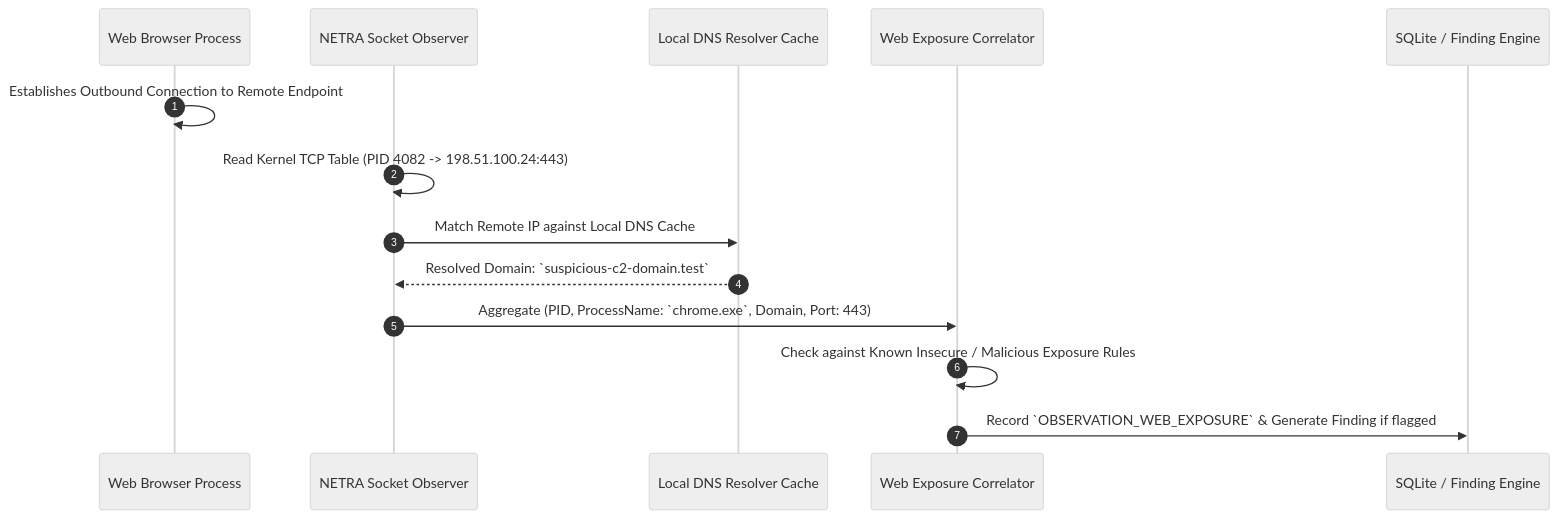
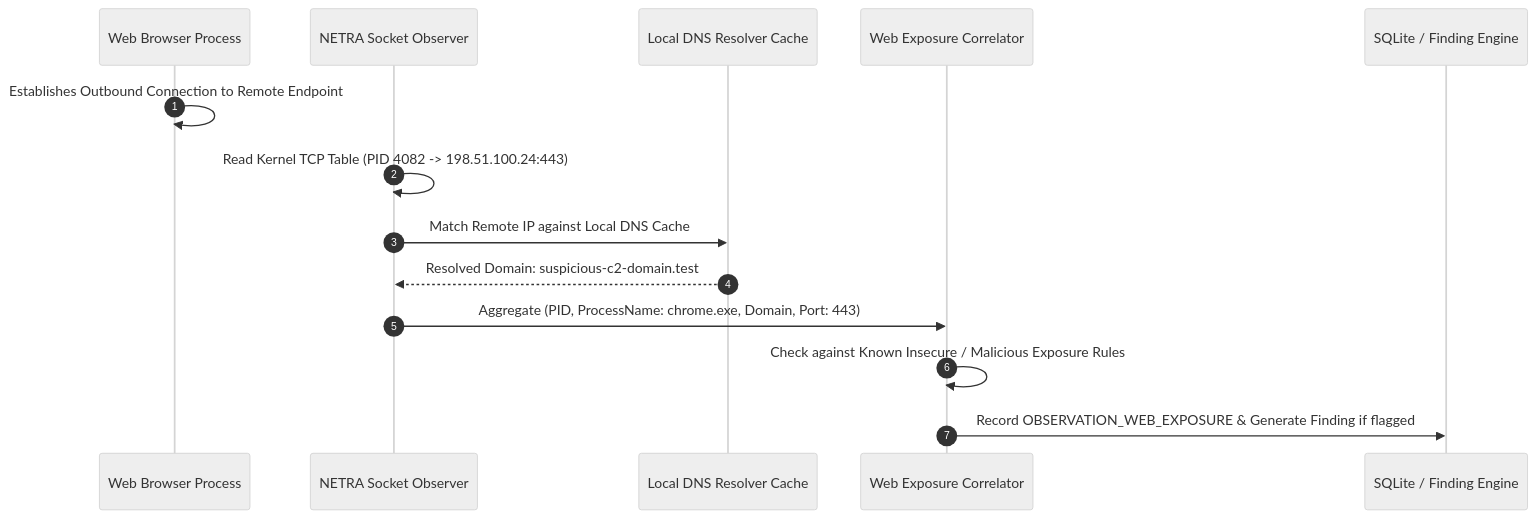
Before and after one commit to Subhadip-Paul2006/NETRA-Backend: the seventh of 13 diagrams in docs/SYSTEM_DESIGN.md, drawn with Mermaid (neutral theme). The commit also changed other lines of this file and 14 other files, not shown here.

Commit message:
fix(docs): resolve GitHub Mermaid diagram lexical errors and KaTeX math formatting across all specifications

````diff
--- a/docs/SYSTEM_DESIGN.md
+++ b/docs/SYSTEM_DESIGN.md
@@ -260,17 +260,17 @@
 ```mermaid
 sequenceDiagram
     autonumber
     participant Browser as Web Browser Process
     participant SocketProbe as NETRA Socket Observer
     participant DNSEngine as Local DNS Resolver Cache
     participant Corr as Web Exposure Correlator
     participant DB as SQLite / Finding Engine
 
     Browser->>Browser: Establishes Outbound Connection to Remote Endpoint
     SocketProbe->>SocketProbe: Read Kernel TCP Table (PID 4082 -> 198.51.100.24:443)
     SocketProbe->>DNSEngine: Match Remote IP against Local DNS Cache
-    DNSEngine-->>SocketProbe: Resolved Domain: `suspicious-c2-domain.test`
-    SocketProbe->>Corr: Aggregate (PID, ProcessName: `chrome.exe`, Domain, Port: 443)
+    DNSEngine-->>SocketProbe: Resolved Domain: suspicious-c2-domain.test
+    SocketProbe->>Corr: Aggregate (PID, ProcessName: chrome.exe, Domain, Port: 443)
     Corr->>Corr: Check against Known Insecure / Malicious Exposure Rules
-    Corr->>DB: Record `OBSERVATION_WEB_EXPOSURE` & Generate Finding if flagged
+    Corr->>DB: Record OBSERVATION_WEB_EXPOSURE & Generate Finding if flagged
 ```
````
